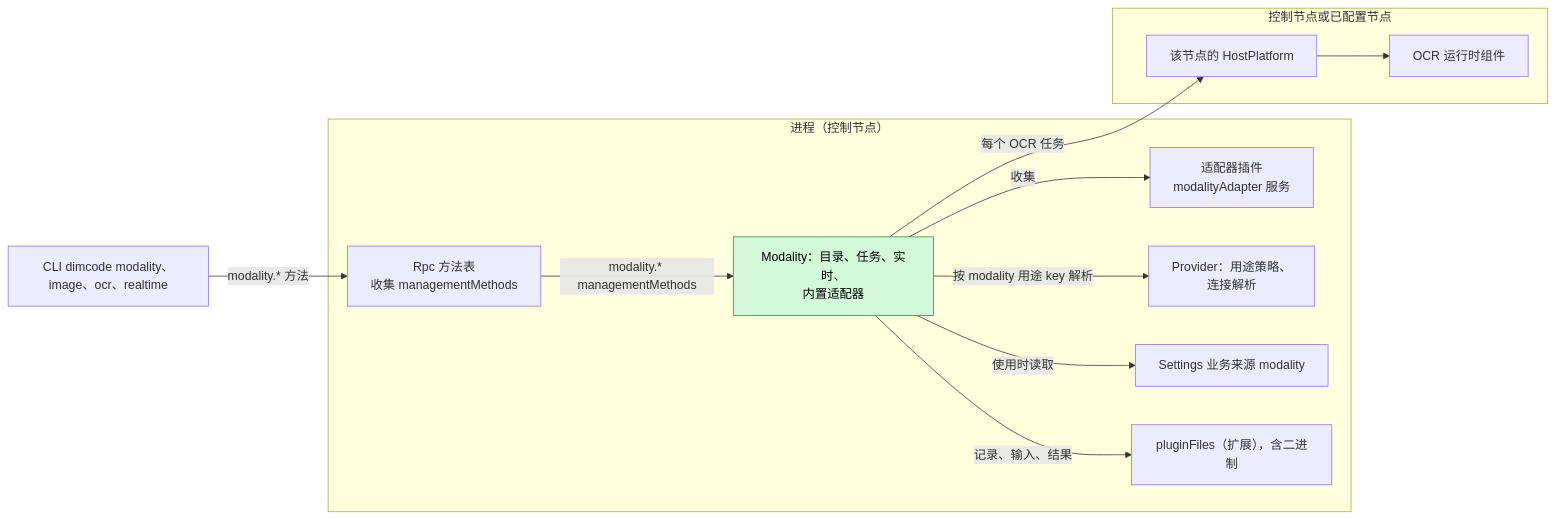
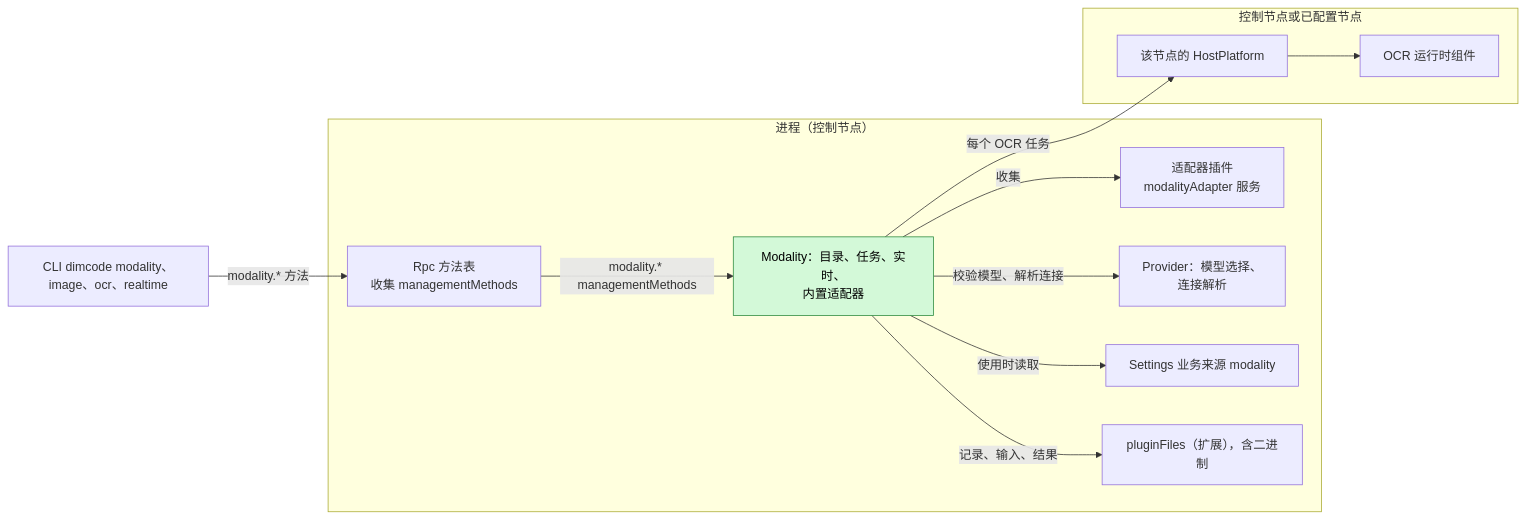
The first of 6 diagrams in docs/zh/design/plugins/Modality.md (CoutinhoTTS/dim-agent), drawn with Mermaid before and after one commit. The commit also changed other lines of this file and 14 other files, not shown here.

````diff
--- a/docs/zh/design/plugins/Modality.md
+++ b/docs/zh/design/plugins/Modality.md
@@ -13,25 +13,25 @@
 ```mermaid
 flowchart LR
   subgraph PROC["进程（控制节点）"]
     Mod["Modality：目录、任务、实时、<br/>内置适配器"]:::new
     AdPlug["适配器插件<br/>modalityAdapter 服务"]
     Rpc["Rpc 方法表<br/>收集 managementMethods"]
-    Prov["Provider：用途策略、<br/>连接解析"]
+    Prov["Provider：模型选择、<br/>连接解析"]
     Set["Settings 业务来源 modality"]
     Store["pluginFiles（扩展），含二进制"]
   end
   subgraph NODE["控制节点或已配置节点"]
     HP["该节点的 HostPlatform"]
     OCR["OCR 运行时组件"]
   end
   CLI["CLI dimcode modality、image、ocr、realtime"]
   Mod -->|"收集"| AdPlug
   Mod -->|"每个 OCR 任务"| HP
   HP --> OCR
-  Mod -->|"按 modality 用途 key 解析"| Prov
+  Mod -->|"校验模型、解析连接"| Prov
   Mod -->|"记录、输入、结果"| Store
   Mod -->|"使用时读取"| Set
   Rpc -->|"modality.* managementMethods"| Mod
   CLI -->|"modality.* 方法"| Rpc
   classDef new fill:#d3f9d8,stroke:#2b8a3e,color:#000
 ```
````
